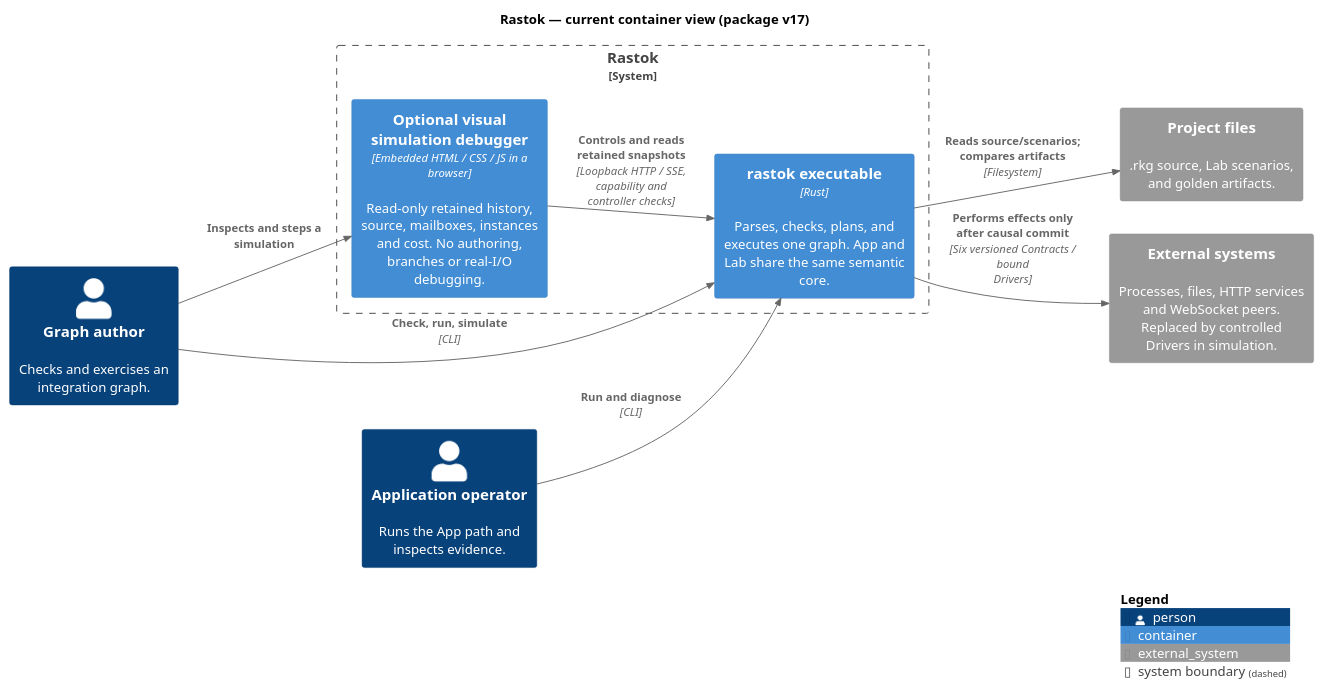
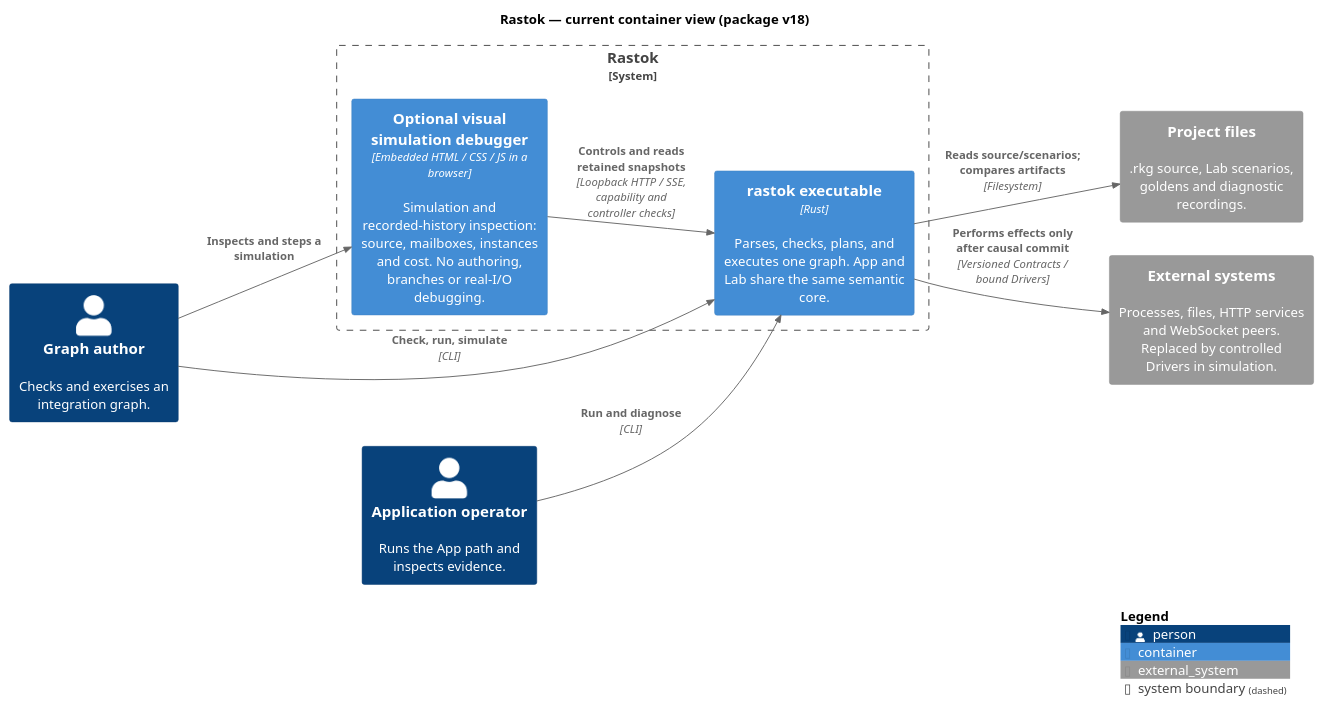
One commit to rastok-io/rastok changed the diagram in docs/architecture/02-rastok-container.puml. Above: the diagram before and after it, drawn with PlantUML. The commit also changed 17 other files, not shown here.

First line of the commit message:
Align architecture and opening evidence with the current implementation

```diff
--- a/docs/architecture/02-rastok-container.puml
+++ b/docs/architecture/02-rastok-container.puml
@@ -1,27 +1,27 @@
 @startuml 02-rastok-container
 skinparam backgroundColor white
 !include <C4/C4_Container>
 
 LAYOUT_LEFT_RIGHT()
-title Rastok — current container view (package v17)
+title Rastok — current container view (package v18)
 
 Person(author, "Graph author", "Checks and exercises an integration graph.")
 Person(operator, "Application operator", "Runs the App path and inspects evidence.")
 
-System_Ext(project, "Project files", ".rkg source, Lab scenarios, and golden artifacts.")
+System_Ext(project, "Project files", ".rkg source, Lab scenarios, goldens and diagnostic recordings.")
 System_Ext(world, "External systems", "Processes, files, HTTP services and WebSocket peers. Replaced by controlled Drivers in simulation.")
 
 System_Boundary(rastok_boundary, "Rastok") {
   Container(rastok_exec, "rastok executable", "Rust", "Parses, checks, plans, and executes one graph. App and Lab share the same semantic core.")
-  Container(browser, "Optional visual simulation debugger", "Embedded HTML / CSS / JS in a browser", "Read-only retained history, source, mailboxes, instances and cost. No authoring, branches or real-I/O debugging.")
+  Container(browser, "Optional visual simulation debugger", "Embedded HTML / CSS / JS in a browser", "Simulation and recorded-history inspection: source, mailboxes, instances and cost. No authoring, branches or real-I/O debugging.")
 }
 
 Rel(author, rastok_exec, "Check, run, simulate", "CLI")
 Rel(operator, rastok_exec, "Run and diagnose", "CLI")
 Rel(rastok_exec, project, "Reads source/scenarios; compares artifacts", "Filesystem")
-Rel(rastok_exec, world, "Performs effects only after causal commit", "Six versioned Contracts / bound Drivers")
+Rel(rastok_exec, world, "Performs effects only after causal commit", "Versioned Contracts / bound Drivers")
 Rel(author, browser, "Inspects and steps a simulation")
 Rel(browser, rastok_exec, "Controls and reads retained snapshots", "Loopback HTTP / SSE, capability and controller checks")
 
 SHOW_LEGEND()
 @enduml
```
